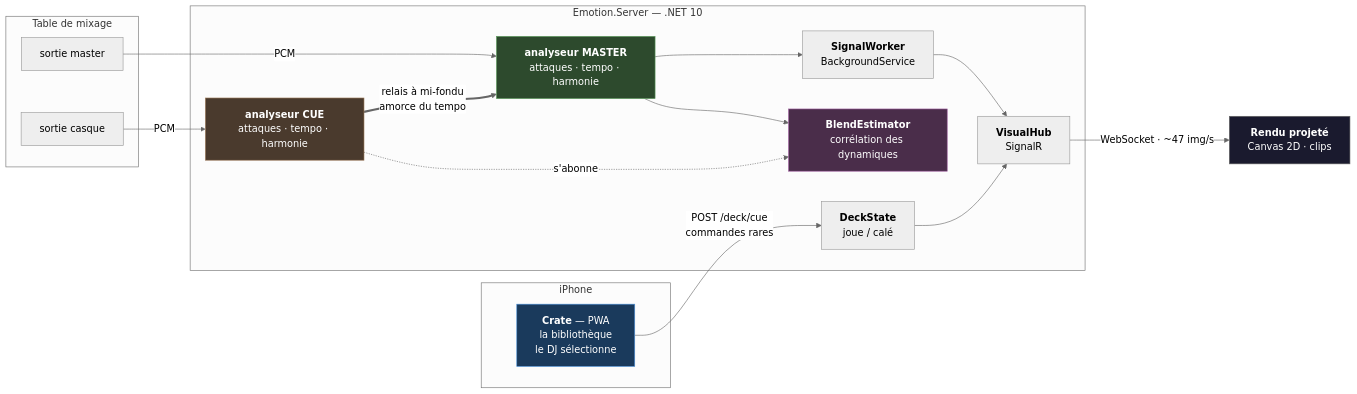
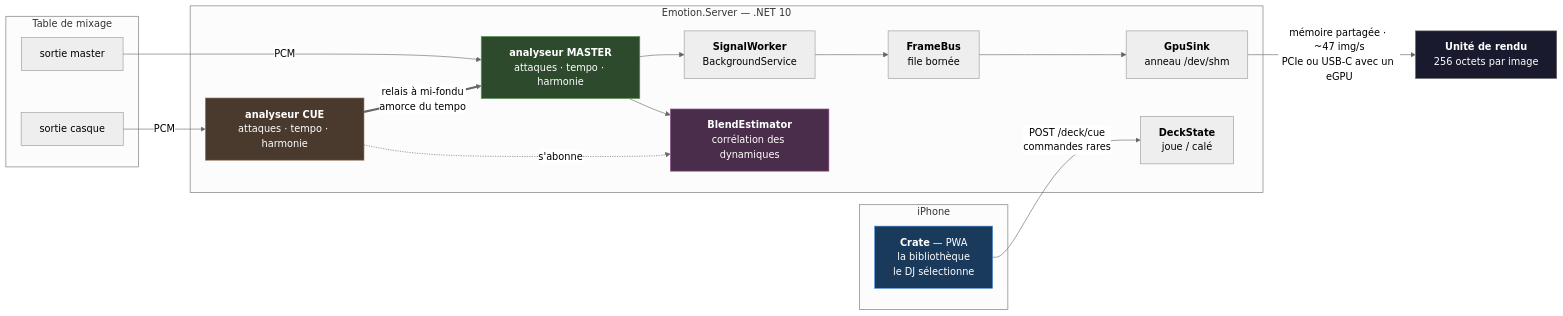
The first of 6 diagrams in README.md (LiquidSnake0/emotion-emulator), drawn with Mermaid (neutral theme) before and after one commit. The commit also changed other lines of this file and 23 other files, not shown here.

````diff
--- a/README.md
+++ b/README.md
@@ -85,38 +85,38 @@
 ```mermaid
 flowchart LR
     subgraph phone["iPhone"]
         crate["<b>Crate</b> — PWA<br/>la bibliothèque<br/>le DJ sélectionne"]
     end
 
     subgraph table["Table de mixage"]
         master_out["sortie master"]
         cue_out["sortie casque"]
     end
 
     subgraph server["Emotion.Server — .NET 10"]
         deck["<b>DeckState</b><br/>joue / calé"]
         am["<b>analyseur MASTER</b><br/>attaques · tempo · harmonie"]
         ac["<b>analyseur CUE</b><br/>attaques · tempo · harmonie"]
         blend["<b>BlendEstimator</b><br/>corrélation des dynamiques"]
         worker["<b>SignalWorker</b><br/>BackgroundService"]
-        hub["<b>VisualHub</b><br/>SignalR"]
+        bus["<b>FrameBus</b><br/>file bornée"]
+        gpu["<b>GpuSink</b><br/>anneau /dev/shm"]
     end
 
-    render["<b>Rendu projeté</b><br/>Canvas 2D · clips"]
+    render["<b>Unité de rendu</b><br/>256 octets par image"]
 
     crate -->|"POST /deck/cue<br/>commandes rares"| deck
     master_out -->|PCM| am
     cue_out -->|PCM| ac
     ac -.->|s'abonne| blend
     am --> blend
     ac ==>|"relais à mi-fondu<br/>amorce du tempo"| am
-    deck --> hub
-    am --> worker --> hub
-    hub -->|"WebSocket · ~47 img/s"| render
+    am --> worker --> bus --> gpu
+    gpu -->|"mémoire partagée · ~47 img/s<br/>PCIe ou USB-C avec un eGPU"| render
 
     style crate fill:#1a3a5c,stroke:#4a90d9,color:#fff
     style am fill:#2d4a2d,stroke:#5a9c5a,color:#fff
     style ac fill:#4a3a2d,stroke:#9c7a5a,color:#fff
     style blend fill:#4a2d4a,stroke:#9c5a9c,color:#fff
     style render fill:#1a1a2e,stroke:#666,color:#fff
 ```
````
